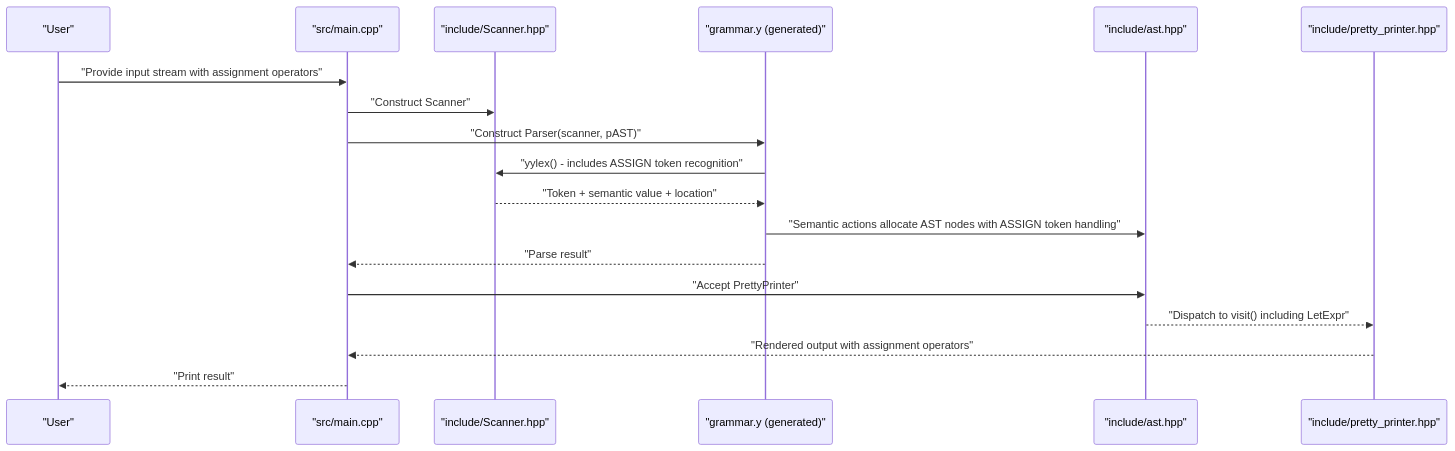
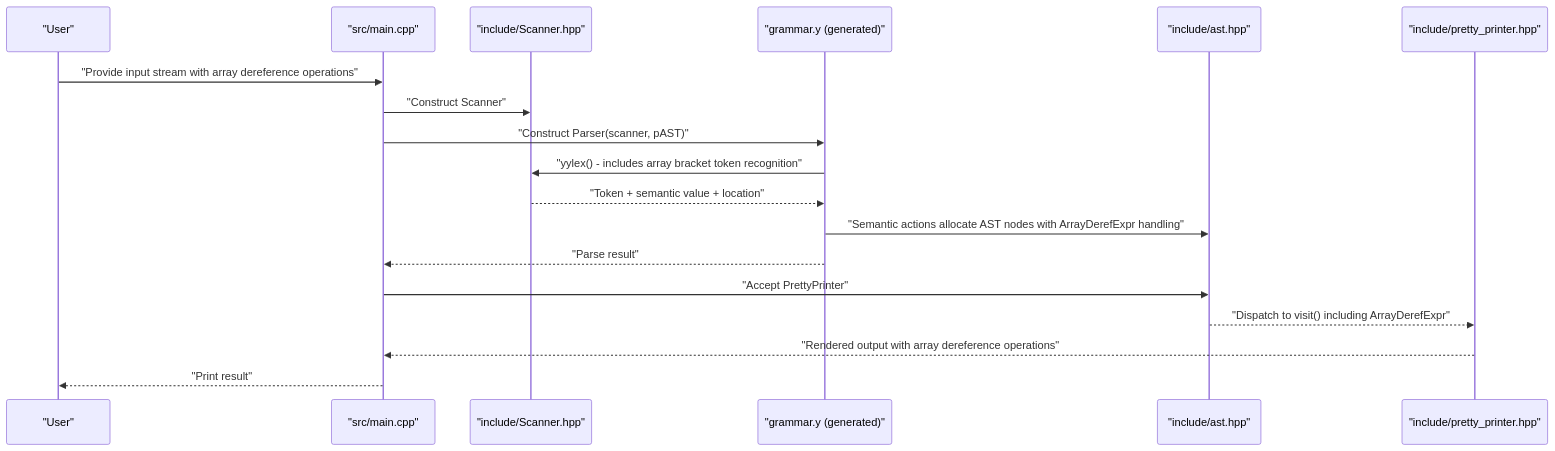
One commit to littlebirds/modern_bision changed the second of 3 diagrams in .qoder/repowiki/en/content/Parser Implementation.md. Above: the diagram before and after it, drawn with Mermaid. The commit also changed other lines of this file and 6 other files, not shown here.

Commit message:
add unit test for evaluting ArrayDeref expr

````diff
--- a/.qoder/repowiki/en/content/Parser Implementation.md
+++ b/.qoder/repowiki/en/content/Parser Implementation.md
@@ -151,20 +151,20 @@
 ```mermaid
 sequenceDiagram
 participant User as "User"
 participant Main as "src/main.cpp"
 participant Scanner as "include/Scanner.hpp"
 participant Parser as "grammar.y (generated)"
 participant AST as "include/ast.hpp"
 participant Printer as "include/pretty_printer.hpp"
-User->>Main : "Provide input stream with assignment operators"
+User->>Main : "Provide input stream with array dereference operations"
 Main->>Scanner : "Construct Scanner"
 Main->>Parser : "Construct Parser(scanner, pAST)"
-Parser->>Scanner : "yylex() - includes ASSIGN token recognition"
+Parser->>Scanner : "yylex() - includes array bracket token recognition"
 Scanner-->>Parser : "Token + semantic value + location"
-Parser->>AST : "Semantic actions allocate AST nodes with ASSIGN token handling"
+Parser->>AST : "Semantic actions allocate AST nodes with ArrayDerefExpr handling"
 Parser-->>Main : "Parse result"
 Main->>AST : "Accept PrettyPrinter"
-AST-->>Printer : "Dispatch to visit() including LetExpr"
-Printer-->>Main : "Rendered output with assignment operators"
+AST-->>Printer : "Dispatch to visit() including ArrayDerefExpr"
+Printer-->>Main : "Rendered output with array dereference operations"
 Main-->>User : "Print result"
 ```
````
